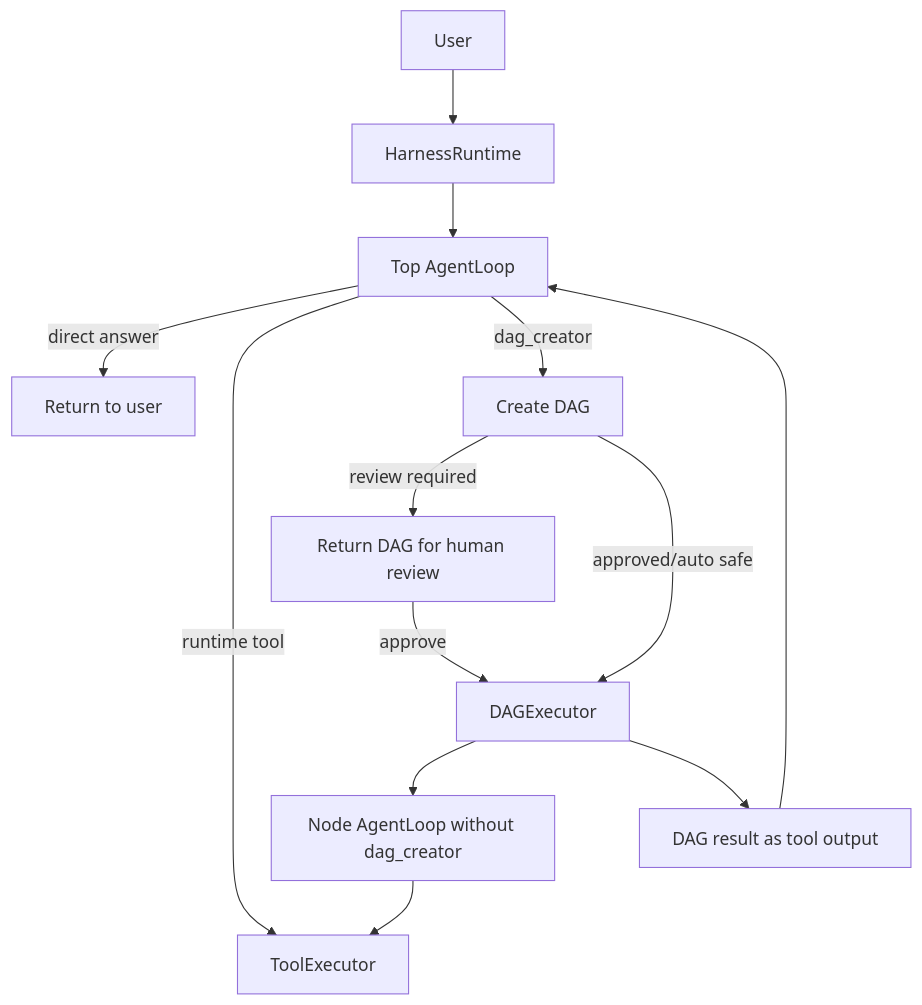
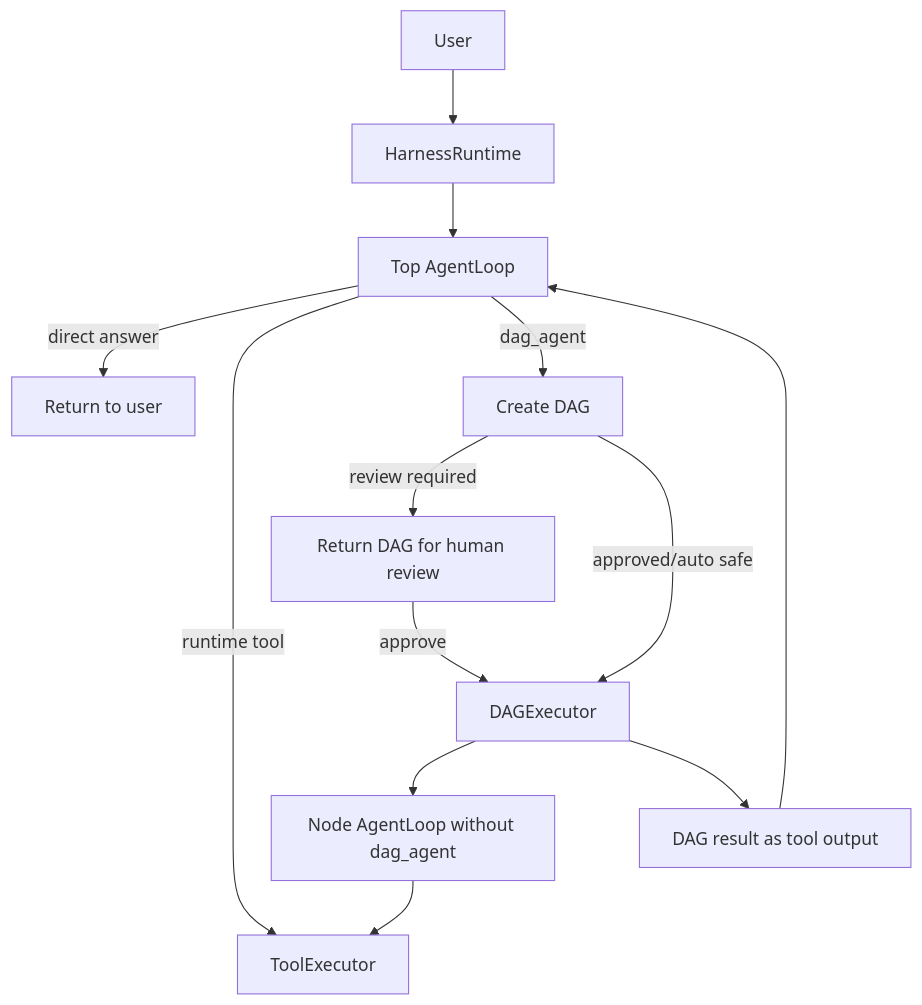
Before and after one commit to RobotSe7en/dagent: the diagram in HANDOFF.md, drawn with Mermaid. The commit also changed other lines of this file and 38 other files, not shown here.

Commit message:
Rename DAG creator to DAG agent

````diff
--- a/HANDOFF.md
+++ b/HANDOFF.md
@@ -66,20 +66,20 @@
 ```mermaid
 flowchart TD
   U["User"] --> R["HarnessRuntime"]
   R --> A["Top AgentLoop"]
 
   A -->|"direct answer"| O["Return to user"]
   A -->|"runtime tool"| T["ToolExecutor"]
-  A -->|"dag_creator"| D["Create DAG"]
+  A -->|"dag_agent"| D["Create DAG"]
 
   D -->|"review required"| UI["Return DAG for human review"]
   D -->|"approved/auto safe"| E["DAGExecutor"]
 
   UI -->|"approve"| E
 
-  E --> N["Node AgentLoop without dag_creator"]
+  E --> N["Node AgentLoop without dag_agent"]
   N --> T
 
   E --> DR["DAG result as tool output"]
   DR --> A
 ```
````
